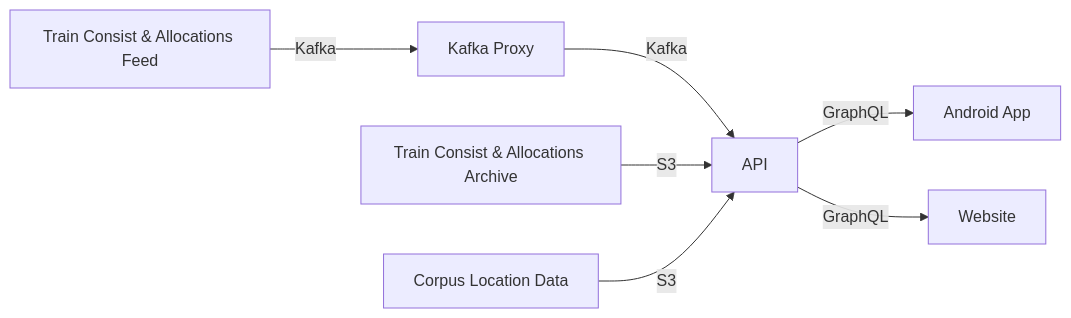
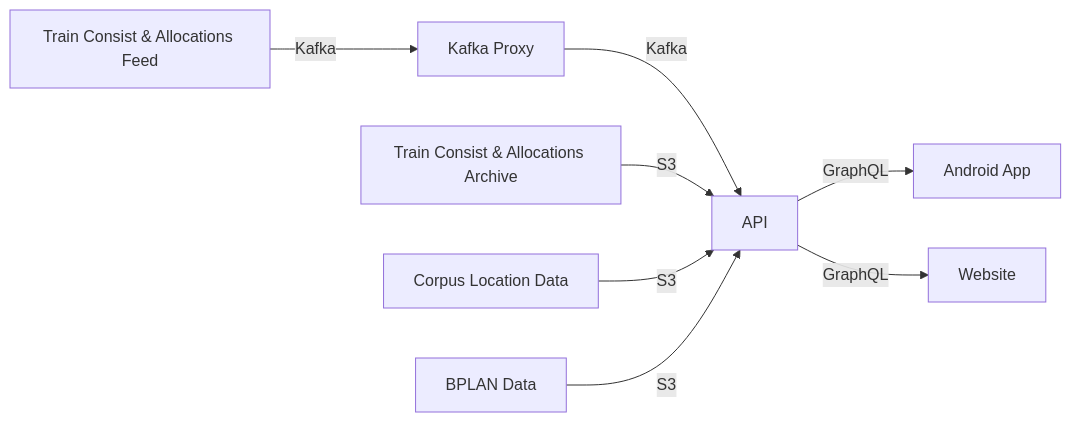
The diagram in README.md (devramsean0/TrainAllocationViewer), drawn with Mermaid before and after one commit. The commit also changed 10 other files, not shown here.

Commit message:
Really cursed BPLAN data import (not exposed to graphql yet)

````diff
--- a/README.md
+++ b/README.md
@@ -3,11 +3,12 @@
 ```mermaid
 flowchart LR
     TrainConsist[Train Consist & Allocations Feed] -->|Kafka| KafkaProxy1
     KafkaProxy1[Kafka Proxy] -->|Kafka| API
     TrainConsistArchive[Train Consist & Allocations Archive] -->|S3| API
     CORPUSData[Corpus Location Data] -->|S3| API
+    BPLANData[BPLAN Data] -->|S3| API
 
     API -->|GraphQL|AndroidApp[Android App]
     API -->|GraphQL|Web[Website]
     
 ```
````
